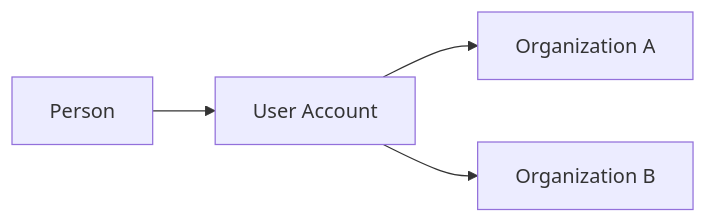
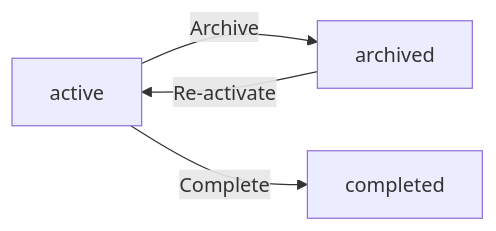
The fifth of 19 diagrams in openai/gpt-5.4-mini/erp/docs/analysis/02-domain-model.md (wrtnlabs/autobe-examples), drawn with Mermaid before and after one commit. The commit also changed other lines of this file and 9017 other files, not shown here.

````diff
--- a/openai/gpt-5.4-mini/erp/docs/analysis/02-domain-model.md
+++ b/openai/gpt-5.4-mini/erp/docs/analysis/02-domain-model.md
@@ -99,6 +281,6 @@
 ```mermaid
 flowchart LR
-    A["Person"] --> B["User Account"]
-    B --> C["Organization A"]
-    B --> D["Organization B"]
+    A["active"] -->|"Archive"| B["archived"]
+    A -->|"Complete"| C["completed"]
+    B -->|"Re-activate"| A
 ```
````
